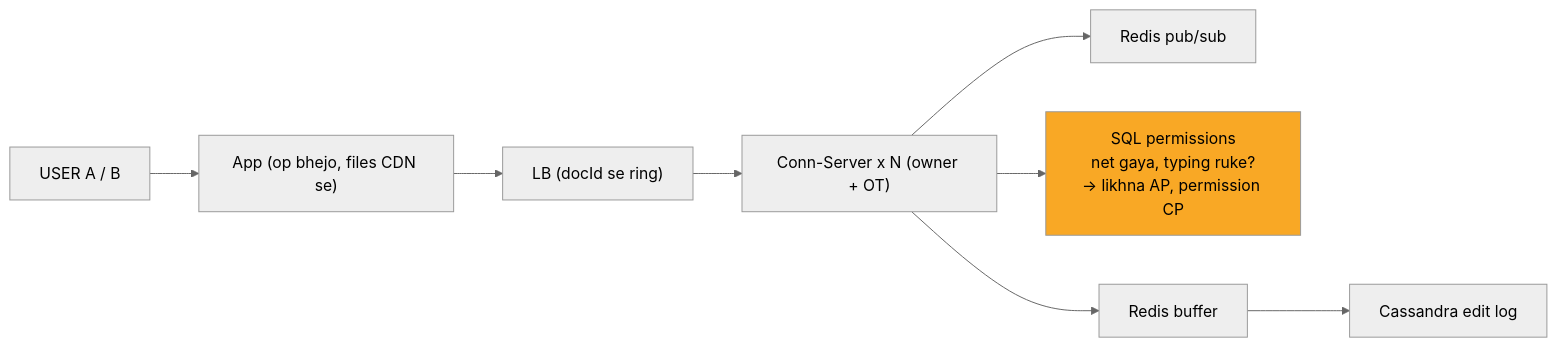
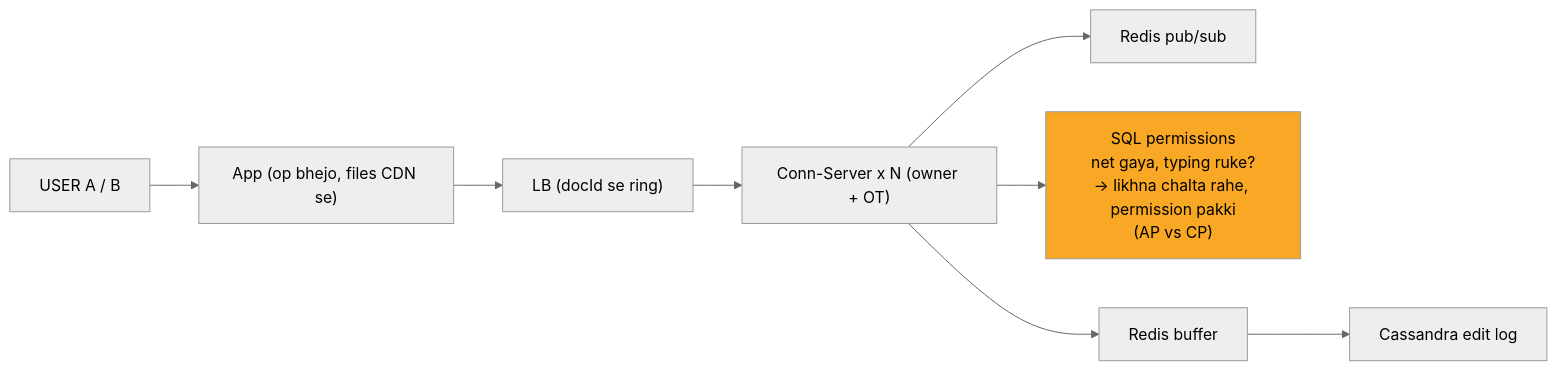
One commit to ArpanMaheshwari144/Prep changed the eighth of 10 diagrams in 04_HLD/SYSTEM_DESIGNS/11_google_docs_collab/11_google_docs_collab.md. Above: the diagram before and after it, drawn with Mermaid (neutral theme). The commit also changed other lines of this file and 13 other files, not shown here.

````diff
--- a/04_HLD/SYSTEM_DESIGNS/11_google_docs_collab/11_google_docs_collab.md
+++ b/04_HLD/SYSTEM_DESIGNS/11_google_docs_collab/11_google_docs_collab.md
@@ -271,19 +271,19 @@
 ```mermaid
 flowchart LR
     n_USER["USER A / B"]
     n_App["App (op bhejo, files CDN se)"]
     n_LB["LB (docId se ring)"]
     n_Conn_Server_xN["Conn-Server x N (owner + OT)"]
     n_PS["Redis pub/sub"]
-    n_SQL["SQL permissions<br/>net gaya, typing ruke?<br/>-> likhna AP, permission CP"]
+    n_SQL["SQL permissions<br/>net gaya, typing ruke?<br/>-> likhna chalta rahe, permission pakki<br/>(AP vs CP)"]
     n_BUF["Redis buffer"]
     n_CAS["Cassandra edit log"]
     n_USER --> n_App
     n_App --> n_LB
     n_LB --> n_Conn_Server_xN
     n_Conn_Server_xN --> n_PS
     n_Conn_Server_xN --> n_BUF
     n_Conn_Server_xN --> n_SQL
     n_BUF --> n_CAS
     style n_SQL fill:#f9a825,color:#000
 ```
````
